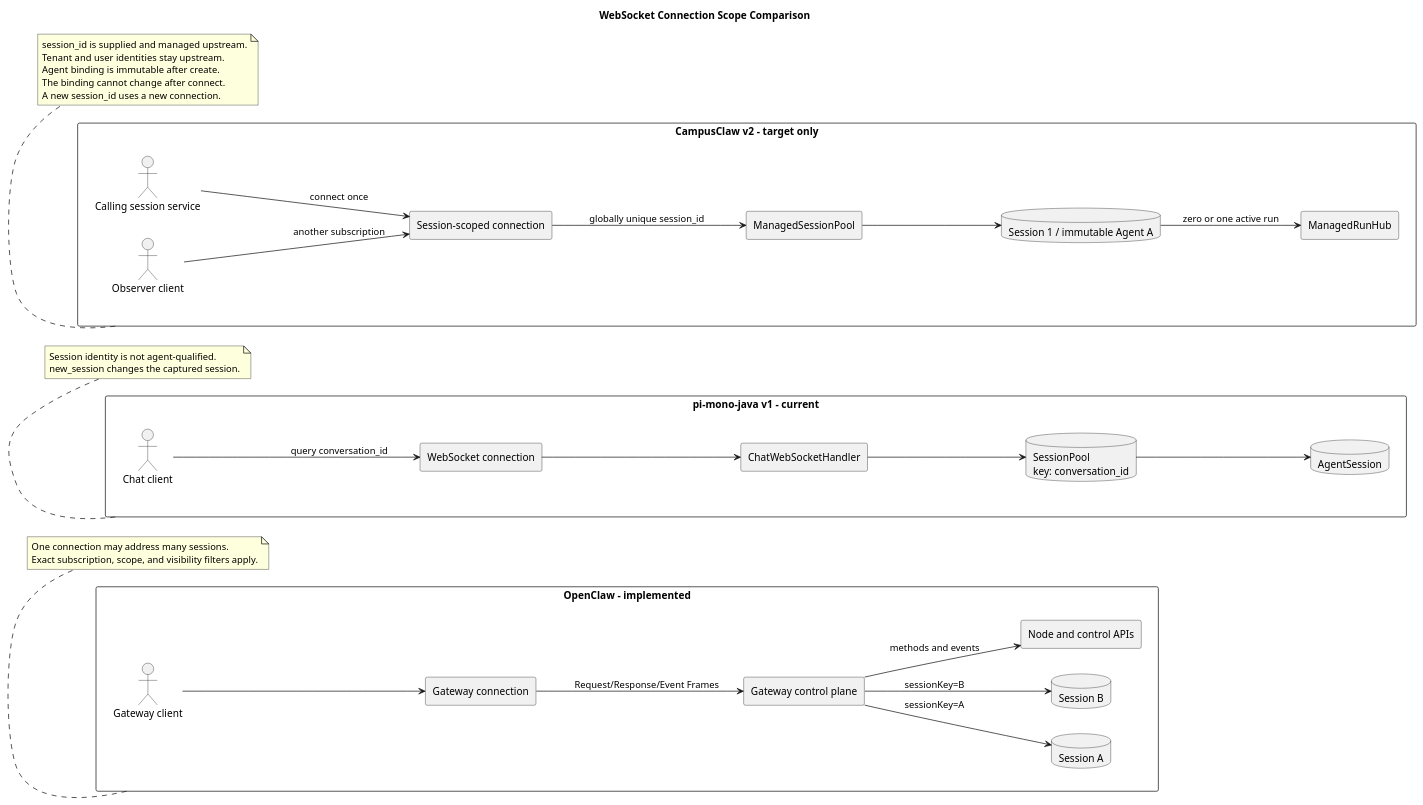
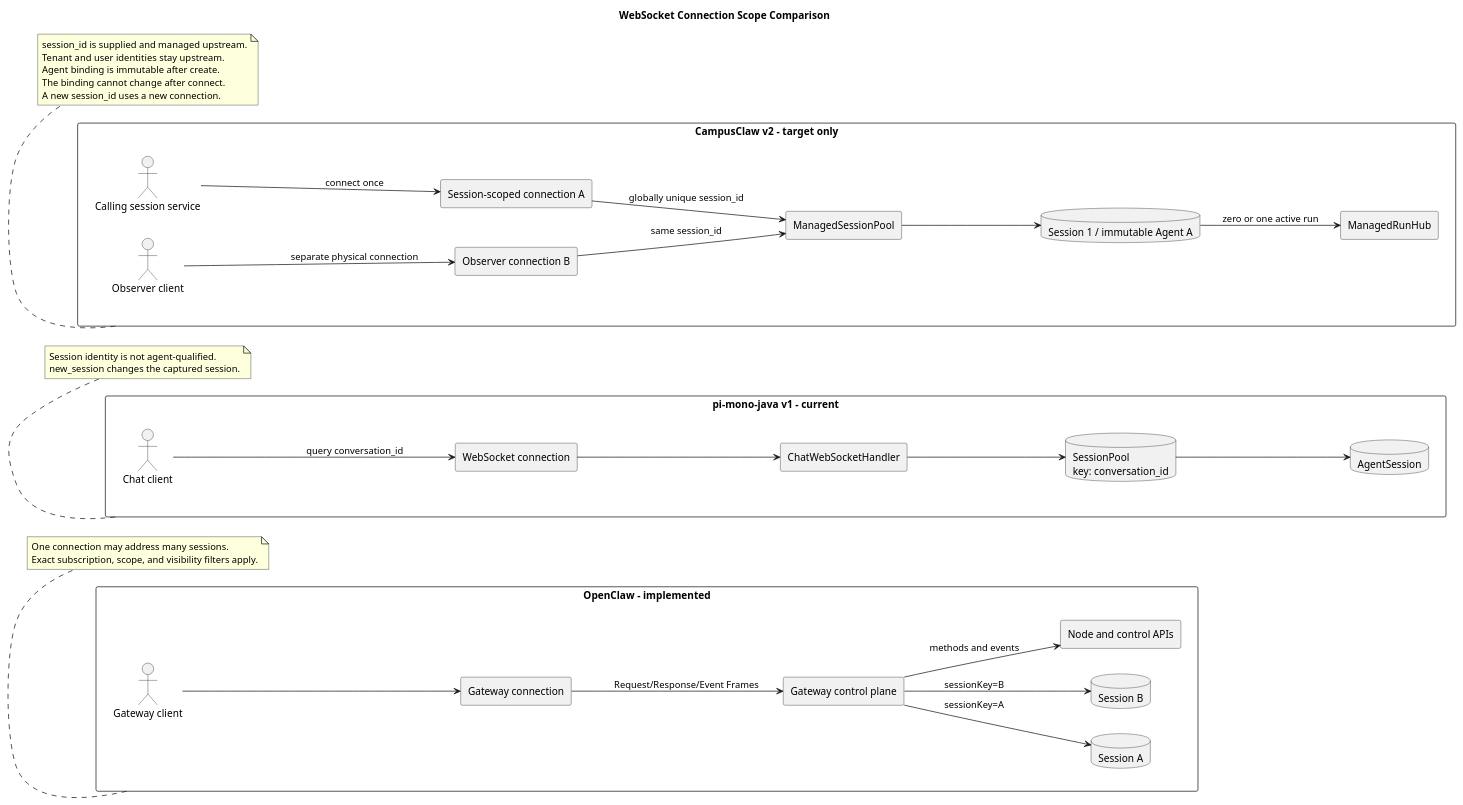
One commit to superheromeZzh/pi-mono-java-design changed the first of 4 diagrams in openclaw-campusclaw-websocket-comparison/diagram.puml. Above: the diagram before and after it, drawn with PlantUML. The commit also changed other lines of this file and 14 other files, not shown here.

```diff
--- a/openclaw-campusclaw-websocket-comparison/diagram.puml
+++ b/openclaw-campusclaw-websocket-comparison/diagram.puml
@@ -1,87 +1,89 @@
 @startuml websocket_connection_scope_comparison
 title WebSocket Connection Scope Comparison
 
 ' OpenClaw baseline: b015925bc30f6a8363f290b07d5f8588e21422b8, Gateway Protocol v4
 ' Source: docs/gateway/protocol.md (Gateway protocol, exact session subscriptions)
 ' Source: packages/gateway-protocol/src/schema/logs-chat.ts (ChatSendParamsSchema, ChatEventSchema)
 ' Source: src/gateway/server-broadcast.ts (createGatewayBroadcaster)
 ' pi-mono-java baseline: 1f7a5423219edfa4519d8719f1cc8a188ed72873
 ' Source: modules/coding-agent-cli/src/main/java/com/campusclaw/codingagent/mode/server/ServerMode.java (configureRoutes)
 ' Source: modules/coding-agent-cli/src/main/java/com/campusclaw/codingagent/mode/server/ChatWebSocketHandler.java (handle)
 ' Source: modules/coding-agent-cli/src/main/java/com/campusclaw/codingagent/mode/server/SessionPool.java (getOrCreate)
 ' Target source: pi-mono-java-manager-driven-multi-agent-runtime/README.md (WebSocket v2 target)
 ' Target source: pi-mono-java-manager-driven-multi-agent-runtime/chat-ws-v2.asyncapi.yaml
 ' Observed behavior: OpenClaw uses one Gateway connection for requests and events across sessions.
 ' Current Java behavior: one connection captures one AgentSession selected by a query parameter.
 ' Target design: one CampusClaw connection is bound to one caller-owned session and agent after connect.
 ' Target design: globally unique session_id is the only Runtime session key; tenant and user stay upstream.
 ' Design reason: Session scope fixes authorization, model, disclosure, and audit boundaries.
 
 skinparam backgroundColor #FFFFFF
 skinparam shadowing false
 skinparam componentStyle rectangle
 skinparam packageStyle rectangle
 skinparam defaultFontName Arial
 left to right direction
 
 package "OpenClaw - implemented" as openclaw {
   actor "Gateway client" as oc_client
   component "Gateway connection" as oc_conn
   component "Gateway control plane" as oc_gateway
   database "Session A" as oc_session_a
   database "Session B" as oc_session_b
   component "Node and control APIs" as oc_control
 
   oc_client --> oc_conn
   oc_conn --> oc_gateway : Request/Response/Event Frames
   oc_gateway --> oc_session_a : sessionKey=A
   oc_gateway --> oc_session_b : sessionKey=B
   oc_gateway --> oc_control : methods and events
 }
 
 package "pi-mono-java v1 - current" as java_v1 {
   actor "Chat client" as java_client
   component "WebSocket connection" as java_conn
   component "ChatWebSocketHandler" as java_handler
   database "AgentSession" as java_session
   database "SessionPool\nkey: conversation_id" as java_pool
 
   java_client --> java_conn : query conversation_id
   java_conn --> java_handler
   java_handler --> java_pool
   java_pool --> java_session
 }
 
 package "CampusClaw v2 - target only" as campus_v2 {
   actor "Calling session service" as cc_client
-  component "Session-scoped connection" as cc_conn
+  component "Session-scoped connection A" as cc_conn
+  component "Observer connection B" as cc_observer_conn
   component "ManagedSessionPool" as cc_pool
   component "ManagedRunHub" as cc_hub
   database "Session 1 / immutable Agent A" as cc_session
   actor "Observer client" as cc_observer
 
   cc_client --> cc_conn : connect once
-  cc_observer --> cc_conn : another subscription
+  cc_observer --> cc_observer_conn : separate physical connection
   cc_conn --> cc_pool : globally unique session_id
+  cc_observer_conn --> cc_pool : same session_id
   cc_pool --> cc_session
   cc_session --> cc_hub : zero or one active run
 }
 
 note bottom of openclaw
   One connection may address many sessions.
   Exact subscription, scope, and visibility filters apply.
 end note
 
 note bottom of java_v1
   Session identity is not agent-qualified.
   new_session changes the captured session.
 end note
 
 note bottom of campus_v2
   session_id is supplied and managed upstream.
   Tenant and user identities stay upstream.
   Agent binding is immutable after create.
   The binding cannot change after connect.
   A new session_id uses a new connection.
 end note
 @enduml
```
